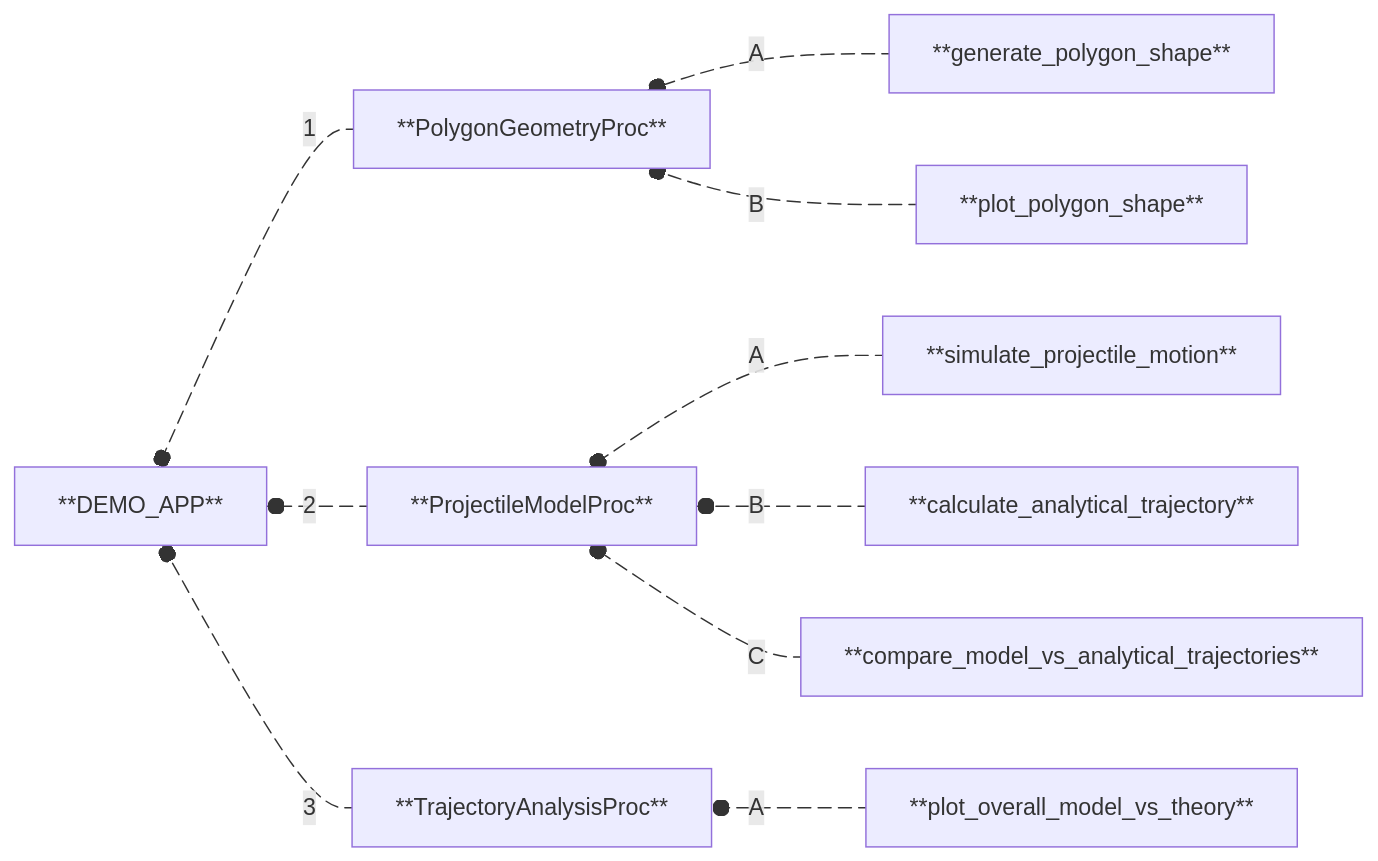
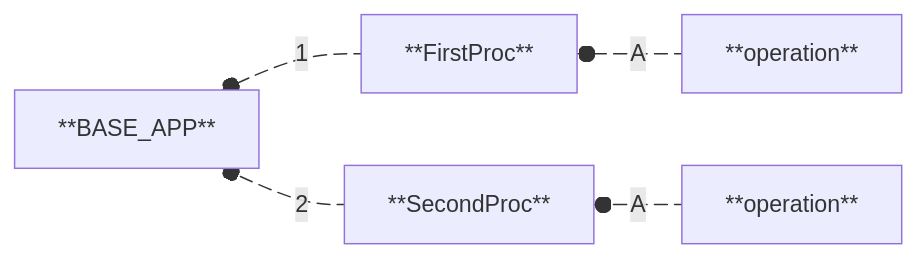
One commit to nuremics/nuremics-labs changed the first of 6 diagrams in src/labs/apps/general/BASE_APP/README.md. Above: the diagram before and after it, drawn with Mermaid. The commit also changed other lines of this file and 2 other files, not shown here.

Commit message:
update BASE_APP README

````diff
--- a/src/labs/apps/general/BASE_APP/README.md
+++ b/src/labs/apps/general/BASE_APP/README.md
@@ -25,21 +14,11 @@
 ```mermaid
 flowchart RL
-  **PolygonGeometryProc** e1@--1--o **DEMO_APP**
-  **ProjectileModelProc** e2@--2--o **DEMO_APP**
-  **TrajectoryAnalysisProc** e3@--3--o **DEMO_APP**
-  **generate_polygon_shape** e4@--A--o **PolygonGeometryProc**
-  **plot_polygon_shape** e5@--B--o **PolygonGeometryProc**
-  **simulate_projectile_motion** e6@--A--o **ProjectileModelProc**
-  **calculate_analytical_trajectory** e7@--B--o **ProjectileModelProc**
-  **compare_model_vs_analytical_trajectories** e8@--C--o **ProjectileModelProc**
-  **plot_overall_model_vs_theory** e9@--A--o **TrajectoryAnalysisProc**
+  **FirstProc** e1@--1--o **BASE_APP**
+  **SecondProc** e2@--2--o **BASE_APP**
+  operation1["**operation**"] e3@--A--o **FirstProc**
+  operation2["**operation**"] e4@--A--o **SecondProc**
   e1@{ animate: true }
   e2@{ animate: true }
   e3@{ animate: true }
   e4@{ animate: true }
-  e5@{ animate: true }
-  e6@{ animate: true }
-  e7@{ animate: true }
-  e8@{ animate: true }
-  e9@{ animate: true }
 ```
````
